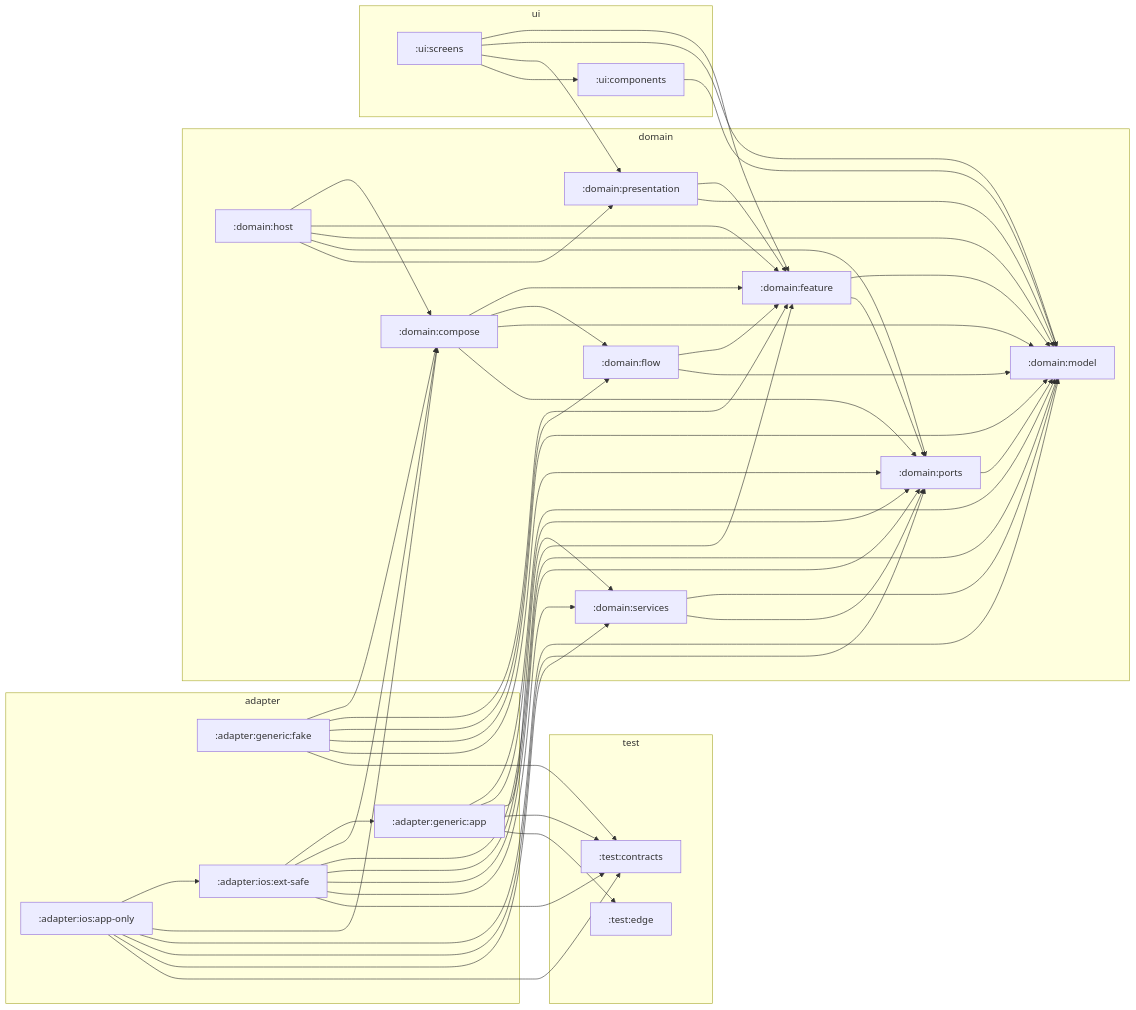
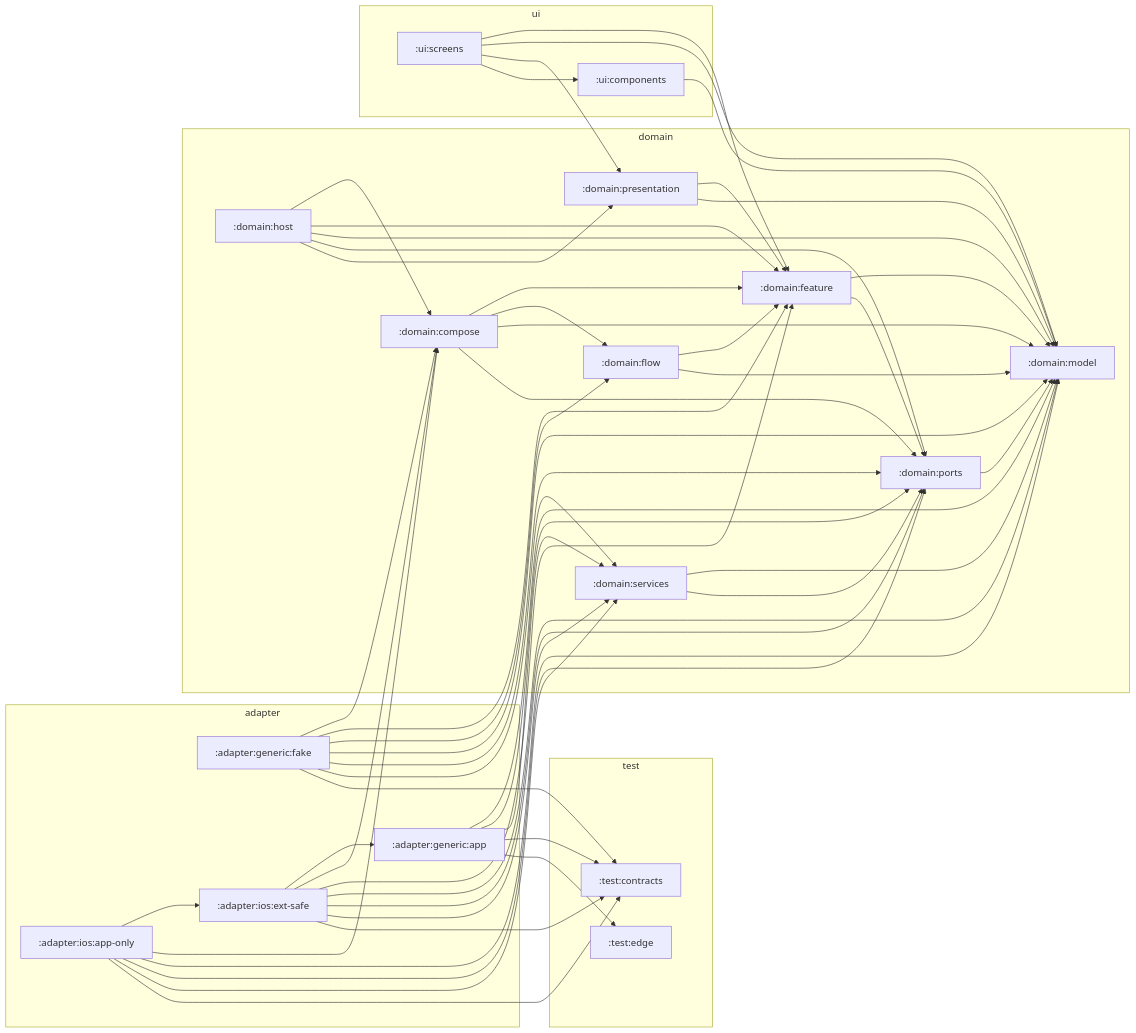
The diagram in architecture/zones.md (stefanhoelzl/SnapSync), drawn with Mermaid before and after one commit. The commit also changed 79 other files, not shown here.

````diff
--- a/architecture/zones.md
+++ b/architecture/zones.md
@@ -8,74 +8,75 @@
 ```mermaid
 flowchart LR
   subgraph adapter
     adapter_generic_app[":adapter:generic:app"]
     adapter_generic_fake[":adapter:generic:fake"]
     adapter_ios_app_only[":adapter:ios:app-only"]
     adapter_ios_ext_safe[":adapter:ios:ext-safe"]
   end
   subgraph domain
     domain_compose[":domain:compose"]
     domain_feature[":domain:feature"]
     domain_flow[":domain:flow"]
     domain_host[":domain:host"]
     domain_model[":domain:model"]
     domain_ports[":domain:ports"]
     domain_presentation[":domain:presentation"]
     domain_services[":domain:services"]
   end
   subgraph test
     test_contracts[":test:contracts"]
     test_edge[":test:edge"]
   end
   subgraph ui
     ui_components[":ui:components"]
     ui_screens[":ui:screens"]
   end
   adapter_generic_app --> domain_model
   adapter_generic_app --> domain_ports
   adapter_generic_app --> domain_services
   adapter_generic_app --> test_contracts
   adapter_generic_app --> test_edge
   adapter_generic_fake --> domain_compose
   adapter_generic_fake --> domain_feature
   adapter_generic_fake --> domain_flow
   adapter_generic_fake --> domain_model
   adapter_generic_fake --> domain_ports
+  adapter_generic_fake --> domain_services
   adapter_generic_fake --> test_contracts
   adapter_ios_app_only --> adapter_ios_ext_safe
   adapter_ios_app_only --> domain_compose
   adapter_ios_app_only --> domain_model
   adapter_ios_app_only --> domain_ports
   adapter_ios_app_only --> domain_services
   adapter_ios_app_only --> test_contracts
   adapter_ios_ext_safe --> adapter_generic_app
   adapter_ios_ext_safe --> domain_compose
   adapter_ios_ext_safe --> domain_feature
   adapter_ios_ext_safe --> domain_model
   adapter_ios_ext_safe --> domain_ports
   adapter_ios_ext_safe --> domain_services
   adapter_ios_ext_safe --> test_contracts
   domain_compose --> domain_feature
   domain_compose --> domain_flow
   domain_compose --> domain_model
   domain_compose --> domain_ports
   domain_feature --> domain_model
   domain_feature --> domain_ports
   domain_flow --> domain_feature
   domain_flow --> domain_model
   domain_host --> domain_compose
   domain_host --> domain_feature
   domain_host --> domain_model
   domain_host --> domain_ports
   domain_host --> domain_presentation
   domain_ports --> domain_model
   domain_presentation --> domain_feature
   domain_presentation --> domain_model
   domain_services --> domain_model
   domain_services --> domain_ports
   ui_components --> domain_model
   ui_screens --> domain_feature
   ui_screens --> domain_model
   ui_screens --> domain_presentation
   ui_screens --> ui_components
 ```
````
